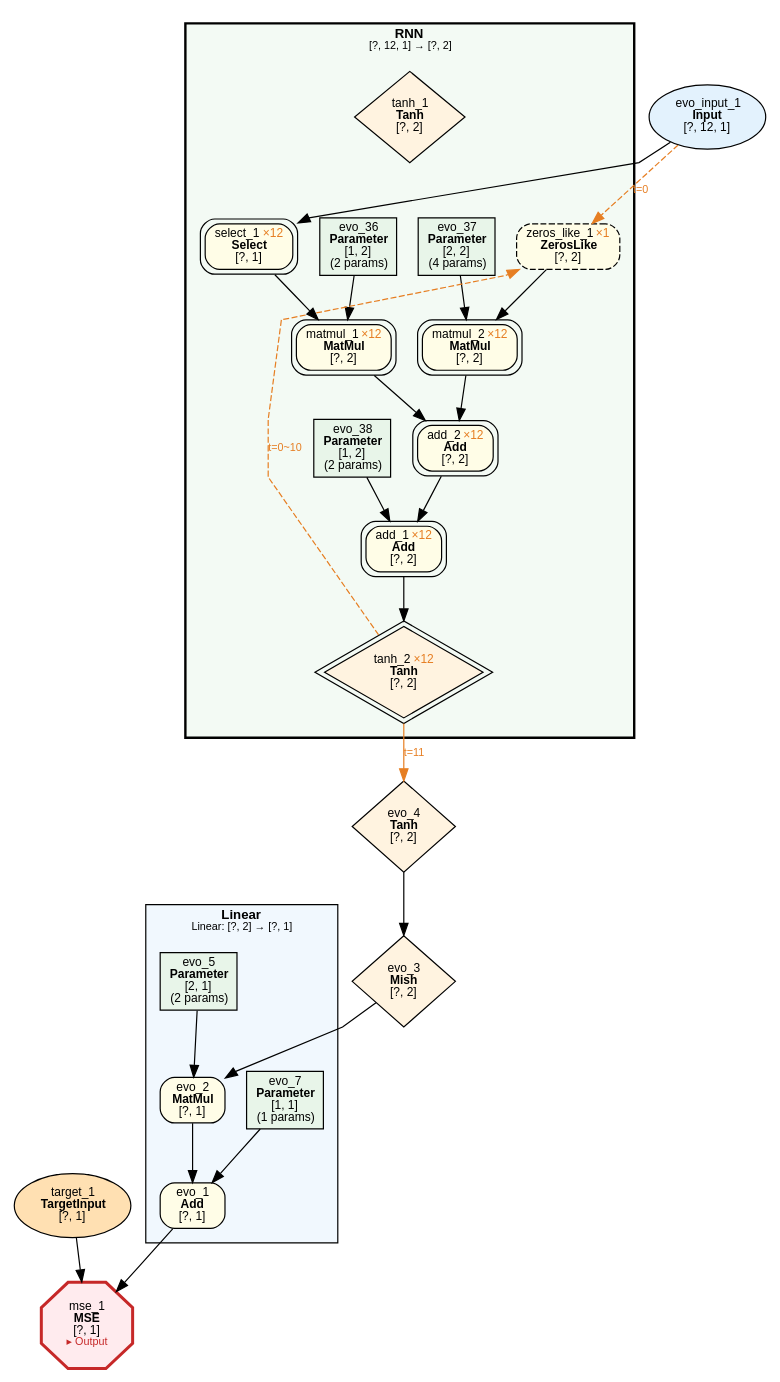
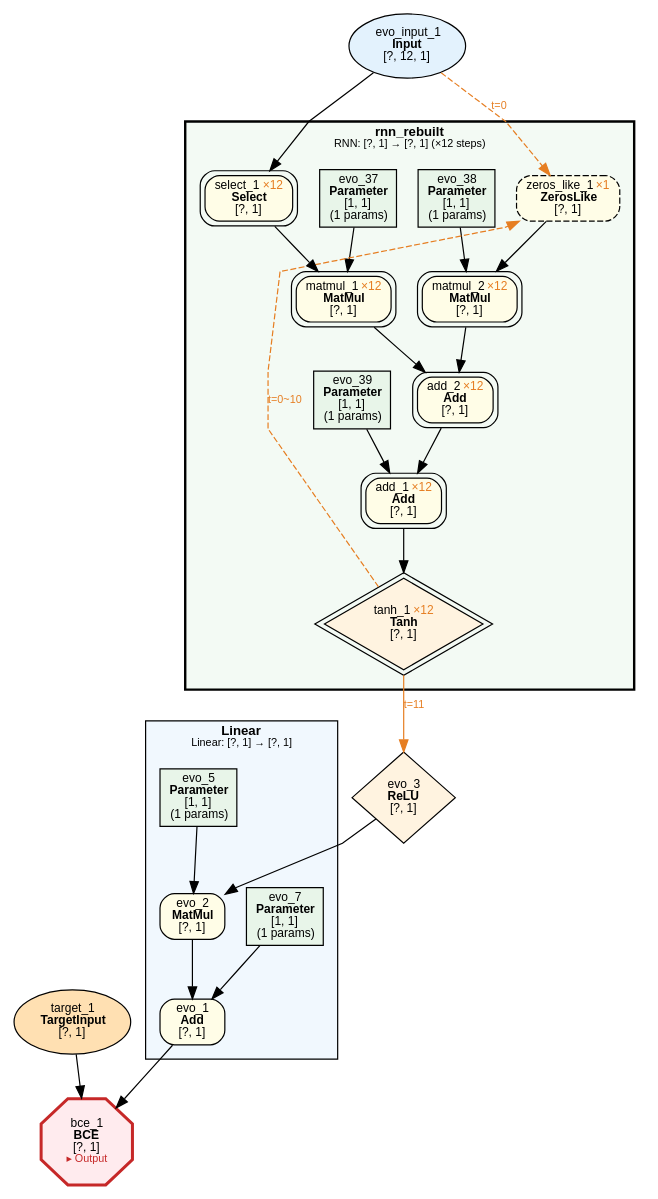
Before and after one commit to dbsxdbsx/only_torch: the diagram in examples/evolution/parity_seq_var_len/evolution_parity_seq_var_len.dot, drawn with Graphviz. The commit also changed 21 other files, not shown here.

```diff
--- a/examples/evolution/parity_seq_var_len/evolution_parity_seq_var_len.dot
+++ b/examples/evolution/parity_seq_var_len/evolution_parity_seq_var_len.dot
@@ -1,69 +1,66 @@
 digraph ComputeGraph {
     rankdir=TB;
     newrank=true;
     splines=polyline;
     node [fontname="Microsoft YaHei,SimHei,Arial"];
     edge [fontname="Microsoft YaHei,SimHei,Arial"];
 
     subgraph cluster_group_linear_1 {
-        label=<<B>Linear</B><BR/><FONT POINT-SIZE="9">Linear: [?, 2] → [?, 1]</FONT>>;
+        label=<<B>Linear</B><BR/><FONT POINT-SIZE="9">Linear: [?, 1] → [?, 1]</FONT>>;
         style=filled;
         fillcolor="#E3F2FD80";
         fontname="Microsoft YaHei,SimHei,Arial";
         fontsize=11;
         margin=12;
             "2" [label=<evo_1<BR/><B>Add</B><BR/>[?, 1]> shape=box style="filled,rounded" fillcolor="#FFFDE7" fontsize=10];
             "4" [label=<evo_2<BR/><B>MatMul</B><BR/>[?, 1]> shape=box style="filled,rounded" fillcolor="#FFFDE7" fontsize=10];
             "5" [label=<evo_7<BR/><B>Parameter</B><BR/>[1, 1]<BR/>(1 params)> shape=box style=filled fillcolor="#E8F5E9" fontsize=10];
-            "7" [label=<evo_5<BR/><B>Parameter</B><BR/>[2, 1]<BR/>(2 params)> shape=box style=filled fillcolor="#E8F5E9" fontsize=10];
+            "7" [label=<evo_5<BR/><B>Parameter</B><BR/>[1, 1]<BR/>(1 params)> shape=box style=filled fillcolor="#E8F5E9" fontsize=10];
     }
 
     subgraph cluster_group_rnn_0 {
-        label=<<B>RNN</B><BR/><FONT POINT-SIZE="9">[?, 12, 1] → [?, 2]</FONT>>;
+        label=<<B>rnn_rebuilt</B><BR/><FONT POINT-SIZE="9">RNN: [?, 1] → [?, 1] (×12 steps)</FONT>>;
         style="filled,bold";
         peripheries=3;
         penwidth=2;
         fillcolor="#E8F5E980";
         fontname="Microsoft YaHei,SimHei,Arial";
         fontsize=11;
         margin=12;
-            "9" [label=<tanh_1<BR/><B>Tanh</B><BR/>[?, 2]> shape=diamond style=filled fillcolor="#FFF3E0" fontsize=10];
-            "10" [label=<evo_38<BR/><B>Parameter</B><BR/>[1, 2]<BR/>(2 params)> shape=box style=filled fillcolor="#E8F5E9" fontsize=10];
-            "11" [label=<evo_36<BR/><B>Parameter</B><BR/>[1, 2]<BR/>(2 params)> shape=box style=filled fillcolor="#E8F5E9" fontsize=10];
-            "12" [label=<evo_37<BR/><B>Parameter</B><BR/>[2, 2]<BR/>(4 params)> shape=box style=filled fillcolor="#E8F5E9" fontsize=10];
-            "14" [label=<tanh_2 <FONT COLOR="#E67E22">×12</FONT><BR/><B>Tanh</B><BR/>[?, 2]> shape=diamond style=filled fillcolor="#FFF3E0" fontsize=10 peripheries=2];
-            "15" [label=<add_1 <FONT COLOR="#E67E22">×12</FONT><BR/><B>Add</B><BR/>[?, 2]> shape=box style="filled,rounded" fillcolor="#FFFDE7" fontsize=10 peripheries=2];
-            "16" [label=<add_2 <FONT COLOR="#E67E22">×12</FONT><BR/><B>Add</B><BR/>[?, 2]> shape=box style="filled,rounded" fillcolor="#FFFDE7" fontsize=10 peripheries=2];
-            "17" [label=<matmul_1 <FONT COLOR="#E67E22">×12</FONT><BR/><B>MatMul</B><BR/>[?, 2]> shape=box style="filled,rounded" fillcolor="#FFFDE7" fontsize=10 peripheries=2];
-            "18" [label=<matmul_2 <FONT COLOR="#E67E22">×12</FONT><BR/><B>MatMul</B><BR/>[?, 2]> shape=box style="filled,rounded" fillcolor="#FFFDE7" fontsize=10 peripheries=2];
-            "19" [label=<select_1 <FONT COLOR="#E67E22">×12</FONT><BR/><B>Select</B><BR/>[?, 1]> shape=box style="filled,rounded" fillcolor="#FFFDE7" fontsize=10 peripheries=2];
-            "20" [label=<zeros_like_1 <FONT COLOR="#E67E22">×1</FONT><BR/><B>ZerosLike</B><BR/>[?, 2]> shape=box style="filled,rounded,dashed" fillcolor="#FFFDE7" fontsize=10];
+            "8" [label=<evo_39<BR/><B>Parameter</B><BR/>[1, 1]<BR/>(1 params)> shape=box style=filled fillcolor="#E8F5E9" fontsize=10];
+            "9" [label=<evo_37<BR/><B>Parameter</B><BR/>[1, 1]<BR/>(1 params)> shape=box style=filled fillcolor="#E8F5E9" fontsize=10];
+            "10" [label=<evo_38<BR/><B>Parameter</B><BR/>[1, 1]<BR/>(1 params)> shape=box style=filled fillcolor="#E8F5E9" fontsize=10];
+            "12" [label=<tanh_1 <FONT COLOR="#E67E22">×12</FONT><BR/><B>Tanh</B><BR/>[?, 1]> shape=diamond style=filled fillcolor="#FFF3E0" fontsize=10 peripheries=2];
+            "13" [label=<add_1 <FONT COLOR="#E67E22">×12</FONT><BR/><B>Add</B><BR/>[?, 1]> shape=box style="filled,rounded" fillcolor="#FFFDE7" fontsize=10 peripheries=2];
+            "14" [label=<add_2 <FONT COLOR="#E67E22">×12</FONT><BR/><B>Add</B><BR/>[?, 1]> shape=box style="filled,rounded" fillcolor="#FFFDE7" fontsize=10 peripheries=2];
+            "15" [label=<matmul_1 <FONT COLOR="#E67E22">×12</FONT><BR/><B>MatMul</B><BR/>[?, 1]> shape=box style="filled,rounded" fillcolor="#FFFDE7" fontsize=10 peripheries=2];
+            "16" [label=<matmul_2 <FONT COLOR="#E67E22">×12</FONT><BR/><B>MatMul</B><BR/>[?, 1]> shape=box style="filled,rounded" fillcolor="#FFFDE7" fontsize=10 peripheries=2];
+            "17" [label=<select_1 <FONT COLOR="#E67E22">×12</FONT><BR/><B>Select</B><BR/>[?, 1]> shape=box style="filled,rounded" fillcolor="#FFFDE7" fontsize=10 peripheries=2];
+            "18" [label=<zeros_like_1 <FONT COLOR="#E67E22">×1</FONT><BR/><B>ZerosLike</B><BR/>[?, 1]> shape=box style="filled,rounded,dashed" fillcolor="#FFFDE7" fontsize=10];
     }
 
-    "1" [label=<mse_1<BR/><B>MSE</B><BR/>[?, 1]<BR/><FONT COLOR="#C62828" POINT-SIZE="9">▸ Output</FONT>> shape=octagon style=filled fillcolor="#FFEBEE" fontsize=10 penwidth=2.5 color="#C62828"];
+    "1" [label=<bce_1<BR/><B>BCE</B><BR/>[?, 1]<BR/><FONT COLOR="#C62828" POINT-SIZE="9">▸ Output</FONT>> shape=octagon style=filled fillcolor="#FFEBEE" fontsize=10 penwidth=2.5 color="#C62828"];
     "3" [label=<target_1<BR/><B>TargetInput</B><BR/>[?, 1]> shape=ellipse style=filled fillcolor="#FFE0B2" fontsize=10];
-    "6" [label=<evo_3<BR/><B>Mish</B><BR/>[?, 2]> shape=diamond style=filled fillcolor="#FFF3E0" fontsize=10];
-    "8" [label=<evo_4<BR/><B>Tanh</B><BR/>[?, 2]> shape=diamond style=filled fillcolor="#FFF3E0" fontsize=10];
-    "13" [label=<evo_input_1<BR/><B>Input</B><BR/>[?, 12, 1]> shape=ellipse style=filled fillcolor="#E3F2FD" fontsize=10];
+    "6" [label=<evo_3<BR/><B>ReLU</B><BR/>[?, 1]> shape=diamond style=filled fillcolor="#FFF3E0" fontsize=10];
+    "11" [label=<evo_input_1<BR/><B>Input</B><BR/>[?, 12, 1]> shape=ellipse style=filled fillcolor="#E3F2FD" fontsize=10];
 
     "2" -> "1";
     "3" -> "1";
     "4" -> "2";
     "5" -> "2";
     "6" -> "4";
     "7" -> "4";
-    "8" -> "6";
-    "14" -> "8" [ color="#E67E22" label=<t=11> fontcolor="#E67E22" fontsize=9];
+    "12" -> "6" [ color="#E67E22" label=<t=11> fontcolor="#E67E22" fontsize=9];
+    "13" -> "12";
+    "14" -> "13";
+    "8" -> "13";
     "15" -> "14";
-    "16" -> "15";
-    "10" -> "15";
-    "17" -> "16";
+    "16" -> "14";
+    "17" -> "15";
+    "9" -> "15";
     "18" -> "16";
-    "19" -> "17";
+    "10" -> "16";
     "11" -> "17";
-    "20" -> "18";
-    "12" -> "18";
-    "13" -> "19";
-    "13" -> "20" [ style=dashed color="#E67E22" label=<t=0> fontcolor="#E67E22" fontsize=9];
-    "14" -> "20" [style=dashed color="#E67E22" label=<t=0~10> fontcolor="#E67E22" fontsize=9 constraint=false];
+    "11" -> "18" [ style=dashed color="#E67E22" label=<t=0> fontcolor="#E67E22" fontsize=9];
+    "12" -> "18" [style=dashed color="#E67E22" label=<t=0~10> fontcolor="#E67E22" fontsize=9 constraint=false];
 }
```
